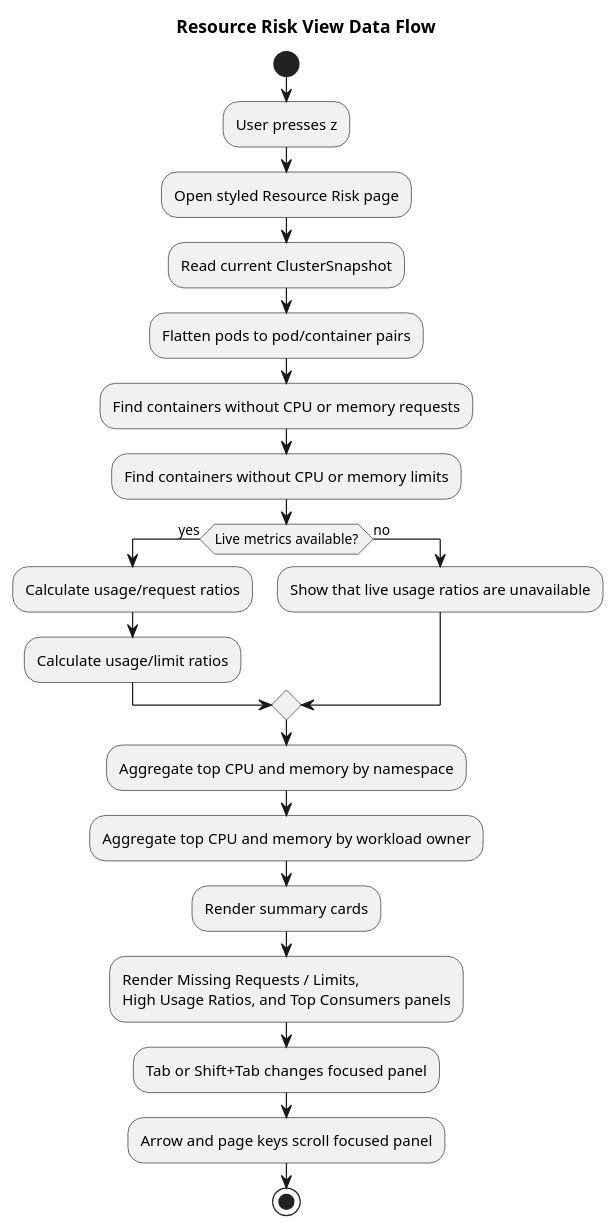
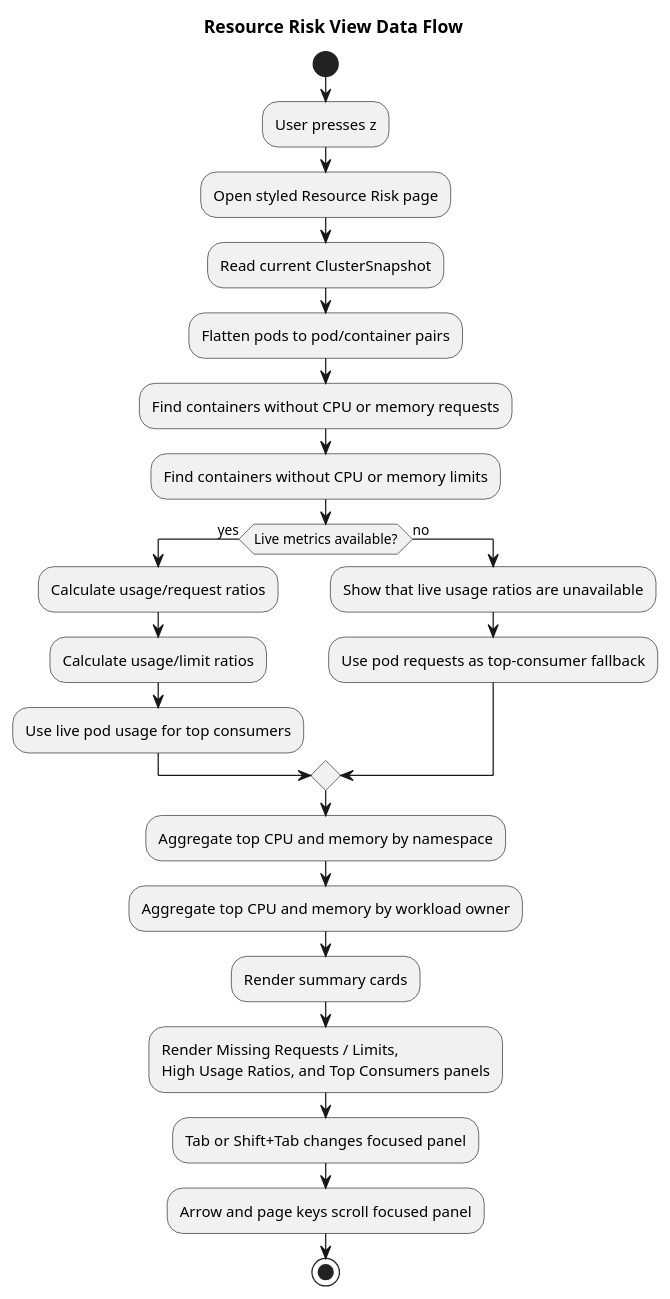
One commit to dtarasov7/ktop-py changed the diagram in diagramms/resource-risk-view.puml. Above: the diagram before and after it, drawn with PlantUML. The commit also changed 16 other files, not shown here.

```diff
--- a/diagramms/resource-risk-view.puml
+++ b/diagramms/resource-risk-view.puml
@@ -1,30 +1,32 @@
 @startuml ktop_py_resource_risk_view
 title Resource Risk View Data Flow
 
 skinparam backgroundColor white
 skinparam shadowing false
 
 start
 :User presses z;
 :Open styled Resource Risk page;
 :Read current ClusterSnapshot;
 :Flatten pods to pod/container pairs;
 
 :Find containers without CPU or memory requests;
 :Find containers without CPU or memory limits;
 if (Live metrics available?) then (yes)
   :Calculate usage/request ratios;
   :Calculate usage/limit ratios;
+  :Use live pod usage for top consumers;
 else (no)
   :Show that live usage ratios are unavailable;
+  :Use pod requests as top-consumer fallback;
 endif
 :Aggregate top CPU and memory by namespace;
 :Aggregate top CPU and memory by workload owner;
 
 :Render summary cards;
 :Render Missing Requests / Limits,\nHigh Usage Ratios, and Top Consumers panels;
 :Tab or Shift+Tab changes focused panel;
 :Arrow and page keys scroll focused panel;
 stop
 
 @enduml
```
